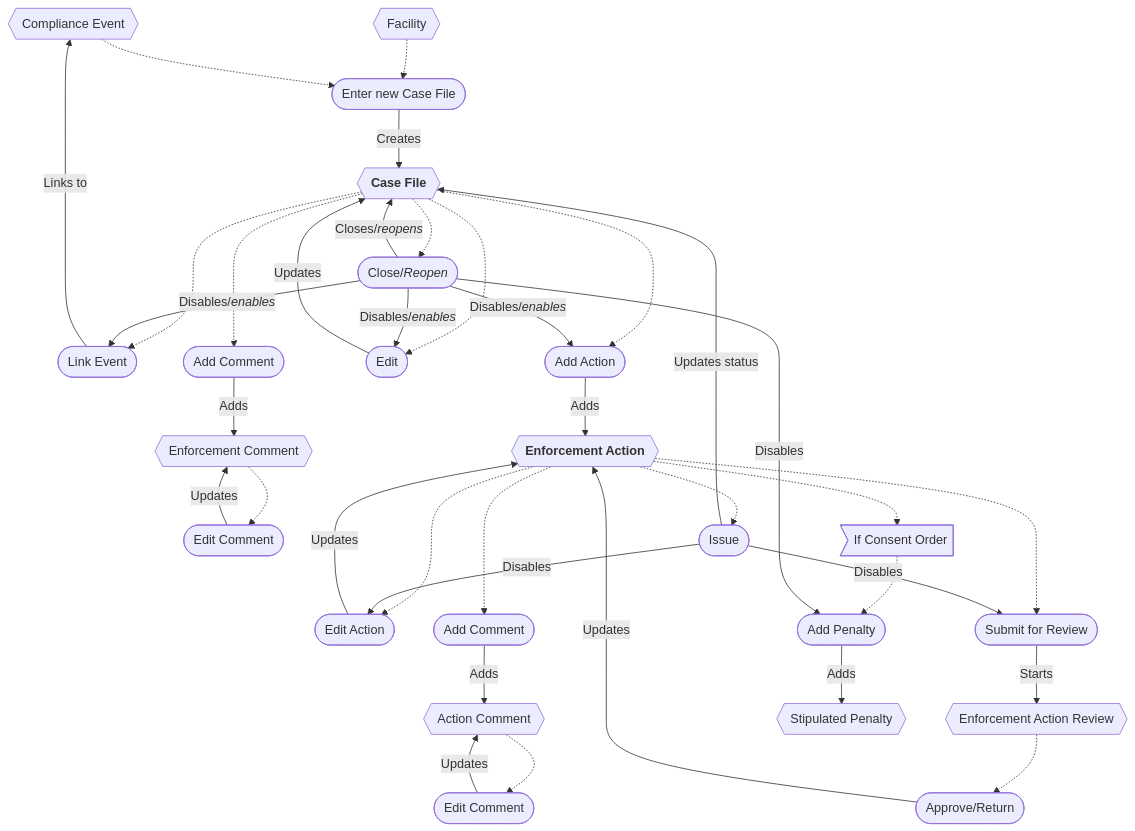
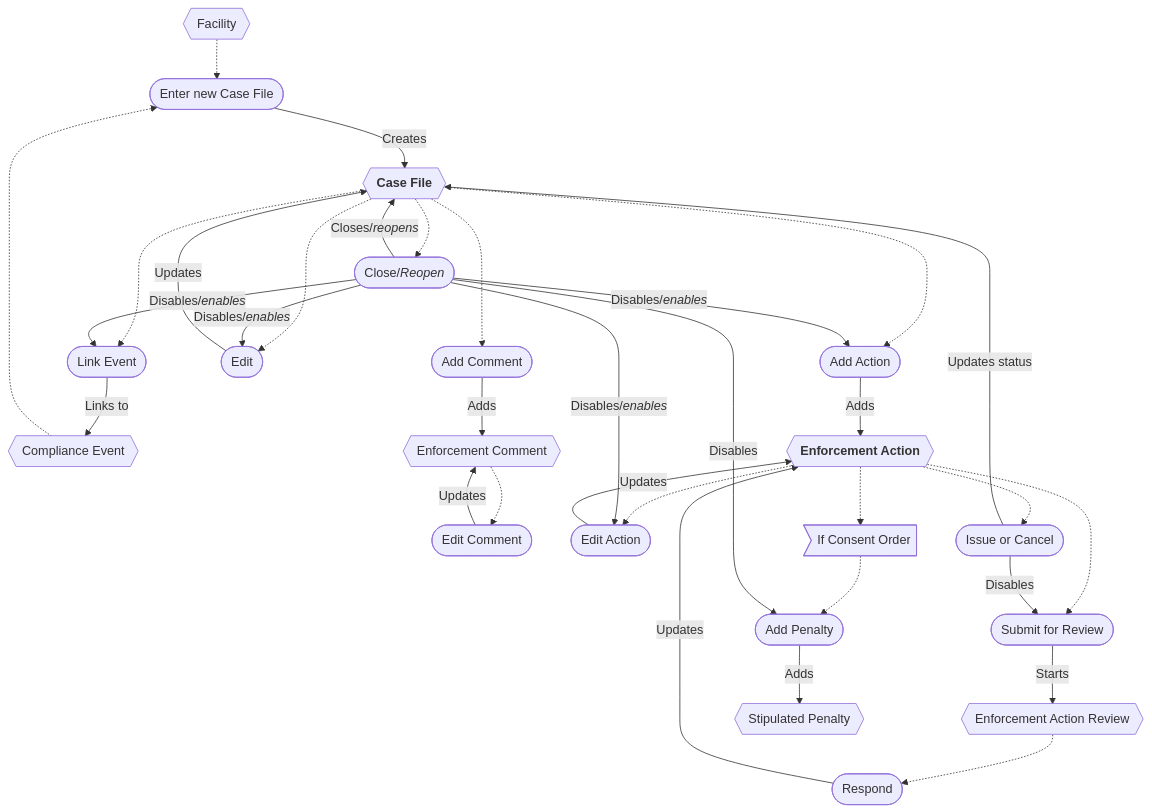
Before and after one commit to gaepdit/air-web: the first of 2 diagrams in docs/Workflows/Enforcement-workflow.md, drawn with Mermaid. The commit also changed other lines of this file and 59 other files, not shown here.

````diff
--- a/docs/Workflows/Enforcement-workflow.md
+++ b/docs/Workflows/Enforcement-workflow.md
@@ -53,62 +57,55 @@
 ```mermaid
 flowchart
+    FAC{{Facility}}
     EVT{{Compliance Event}}
-    FAC{{Facility}}
     ENF{{"`**Case File**`"}}
     CTE{{Enforcement Comment}}
     ACT{{"`**Enforcement Action**`"}}
     REV{{"Enforcement Action Review"}}
-    CTA{{Action Comment}}
     STP{{Stipulated Penalty}}
     link([Link Event])
     add([Enter new Case File])
     comment([Add Comment])
     editEnf([Edit])
     addAction([Add Action])
     close(["`Close/*Reopen*`"])
     editComment([Edit Comment])
     editAction([Edit Action])
-    commentAction([Add Comment])
-    editCommentAction([Edit Comment])
     review([Submit for Review])
-    respond([Approve/Return])
-    issue([Issue])
+    respond([Respond])
+    issue([Issue or Cancel])
     penalty([Add Penalty])
     IfCO>If Consent Order]
     FAC -.-> add
     ENF -.-> link
     EVT -.-> add
     ENF -.-> editEnf
     ENF -.-> close
     ENF -..-> comment
     ENF -.-> addAction
     CTE -.-> editComment
-    ACT -..-> commentAction
     ACT -.-> editAction
     ACT -.-> review
     ACT -.-> issue
-    CTA -.-> editCommentAction
     REV -.-> respond
     ACT -.-> IfCO -.-> penalty
     close -->|"`Disables/*enables*`"| addAction
     close -->|"`Disables/*enables*`"| editEnf
     close -->|"`Disables/*enables*`"| link
-    issue -->|Disables| editAction
+    close -->|"`Disables/*enables*`"| editAction
     issue -->|Disables| review
     add -->|Creates| ENF
     addAction -->|Adds| ACT
     close -->|"`Closes/*reopens*`"| ENF
     close -->|Disables| penalty
     comment -->|Adds| CTE
-    commentAction -->|Adds| CTA
     editAction -->|Updates| ACT
     editComment -->|Updates| CTE
-    editCommentAction -->|Updates| CTA
     editEnf -->|Updates| ENF
     issue -->|Updates status| ENF
     link -->|Links to| EVT
     penalty -->|Adds| STP
     respond -->|Updates| ACT
     review -->|Starts| REV
 
 ```
````
